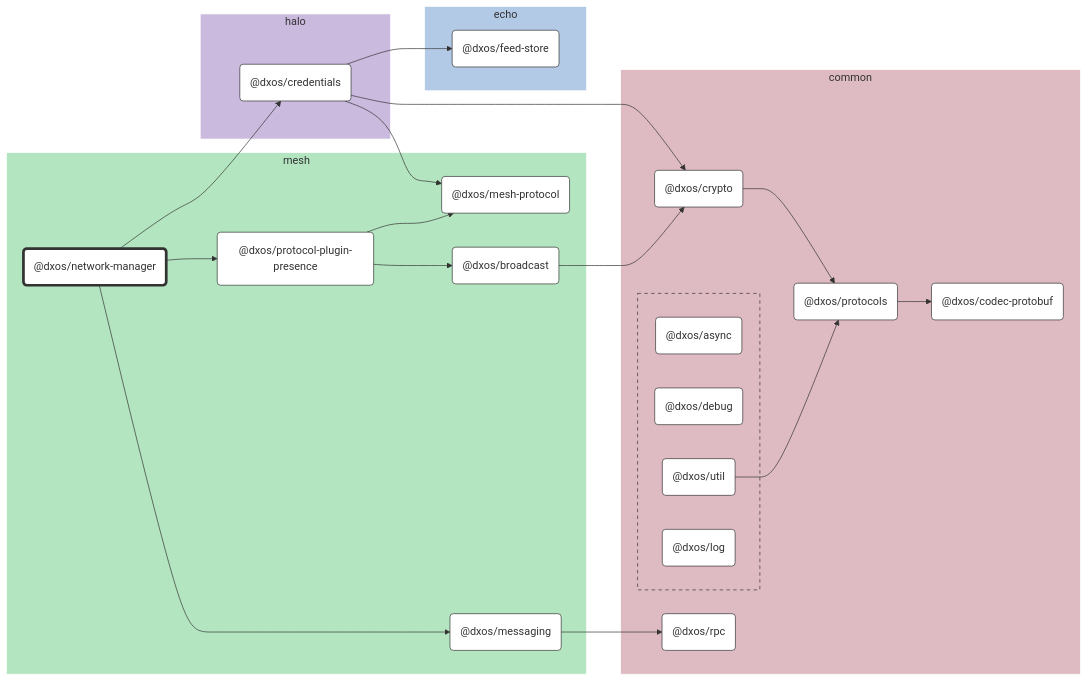
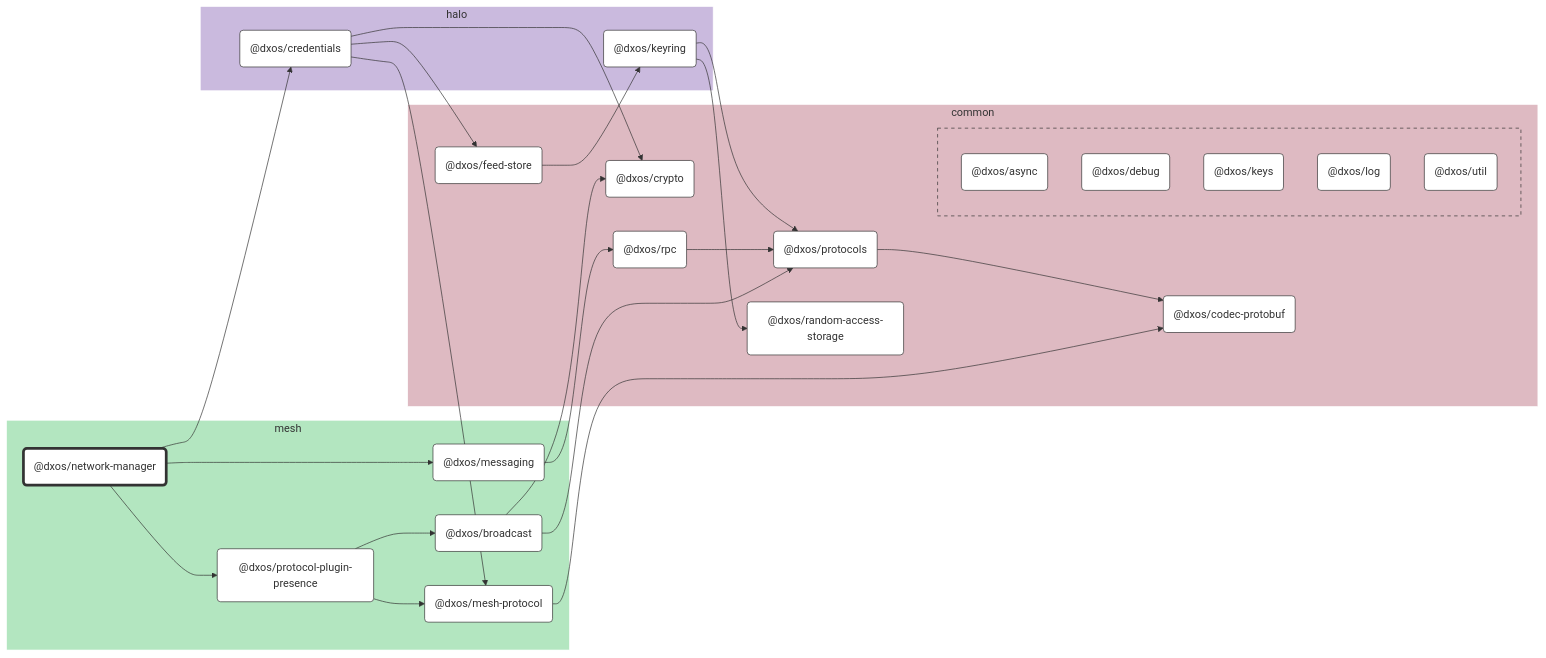
One commit to dxos/dxos changed the diagram in packages/mesh/network-manager/docs/README.md. Above: the diagram before and after it, drawn with Mermaid. The commit also changed other lines of this file and 52 other files, not shown here.

````diff
--- a/packages/mesh/network-manager/docs/README.md
+++ b/packages/mesh/network-manager/docs/README.md
@@ -35,8 +35,12 @@
   click dxos/codec-protobuf "dxos/dxos/tree/main/packages/common/codec-protobuf/docs"
   dxos/crypto("@dxos/crypto"):::def
   click dxos/crypto "dxos/dxos/tree/main/packages/common/crypto/docs"
+  dxos/feed-store("@dxos/feed-store"):::def
+  click dxos/feed-store "dxos/dxos/tree/main/packages/common/feed-store/docs"
   dxos/protocols("@dxos/protocols"):::def
   click dxos/protocols "dxos/dxos/tree/main/packages/common/protocols/docs"
+  dxos/random-access-storage("@dxos/random-access-storage"):::def
+  click dxos/random-access-storage "dxos/dxos/tree/main/packages/common/random-access-storage/docs"
   dxos/rpc("@dxos/rpc"):::def
   click dxos/rpc "dxos/dxos/tree/main/packages/common/rpc/docs"
 
@@ -46,10 +50,12 @@
     click dxos/async "dxos/dxos/tree/main/packages/common/async/docs"
     dxos/debug("@dxos/debug"):::def
     click dxos/debug "dxos/dxos/tree/main/packages/common/debug/docs"
+    dxos/keys("@dxos/keys"):::def
+    click dxos/keys "dxos/dxos/tree/main/packages/common/keys/docs"
+    dxos/log("@dxos/log"):::def
+    click dxos/log "dxos/dxos/tree/main/packages/common/log/docs"
     dxos/util("@dxos/util"):::def
     click dxos/util "dxos/dxos/tree/main/packages/common/util/docs"
-    dxos/log("@dxos/log"):::def
-    click dxos/log "dxos/dxos/tree/main/packages/common/log/docs"
   end
 end
 
@@ -57,27 +63,27 @@
   style halo fill:#cabade,stroke:#fff
   dxos/credentials("@dxos/credentials"):::def
   click dxos/credentials "dxos/dxos/tree/main/packages/halo/credentials/docs"
-end
-
-subgraph echo [echo]
-  style echo fill:#b3cae6,stroke:#fff
-  dxos/feed-store("@dxos/feed-store"):::def
-  click dxos/feed-store "dxos/dxos/tree/main/packages/echo/feed-store/docs"
+  dxos/keyring("@dxos/keyring"):::def
+  click dxos/keyring "dxos/dxos/tree/main/packages/halo/keyring/docs"
 end
 
 %% Links
 linkStyle default stroke:#333,stroke-width:1px
 dxos/network-manager --> dxos/credentials
 dxos/credentials --> dxos/crypto
-dxos/crypto --> dxos/protocols
+dxos/credentials --> dxos/feed-store
+dxos/feed-store --> dxos/keyring
+dxos/keyring --> dxos/protocols
 dxos/protocols --> dxos/codec-protobuf
-dxos/credentials --> dxos/feed-store
-dxos/util --> dxos/protocols
+dxos/keyring --> dxos/random-access-storage
 dxos/credentials --> dxos/mesh-protocol
+dxos/mesh-protocol --> dxos/codec-protobuf
 dxos/network-manager --> dxos/messaging
 dxos/messaging --> dxos/rpc
+dxos/rpc --> dxos/protocols
 dxos/network-manager --> dxos/protocol-plugin-presence
 dxos/protocol-plugin-presence --> dxos/broadcast
 dxos/broadcast --> dxos/crypto
+dxos/broadcast --> dxos/protocols
 dxos/protocol-plugin-presence --> dxos/mesh-protocol
 ```
````
